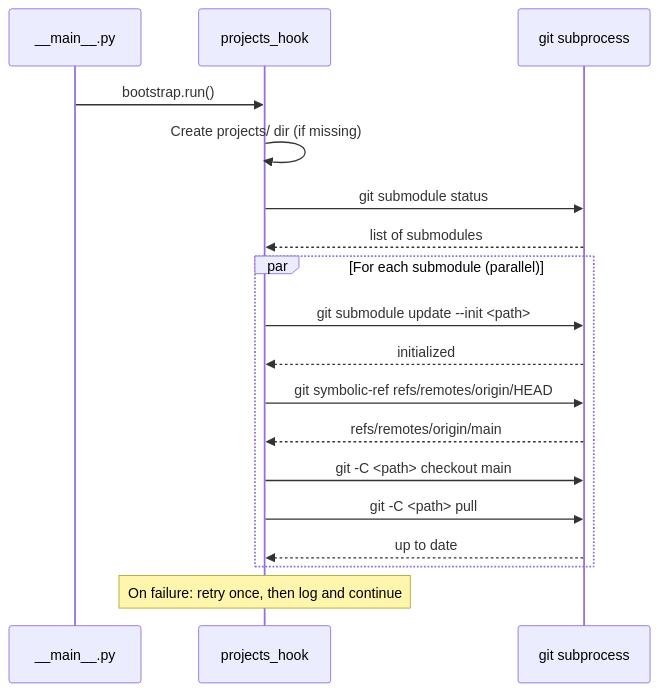
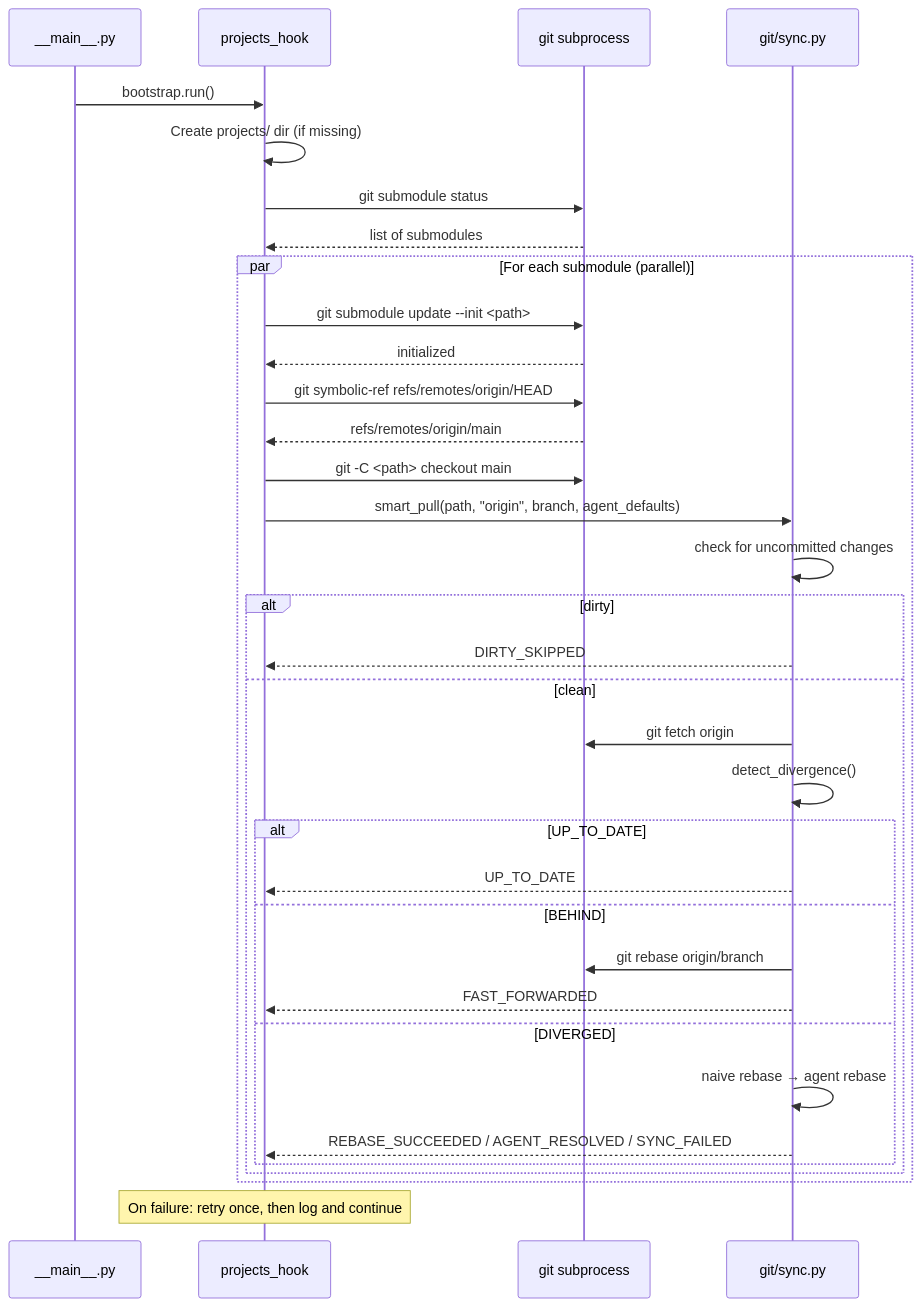
One commit to asermax/tachikoma changed the third of 4 diagrams in docs/feature-designs/agent/project-management.md. Above: the diagram before and after it, drawn with Mermaid. The commit also changed other lines of this file and 9 other files, not shown here.

````diff
--- a/docs/feature-designs/agent/project-management.md
+++ b/docs/feature-designs/agent/project-management.md
@@ -167,23 +168,39 @@
 ```mermaid
 sequenceDiagram
     participant Main as __main__.py
     participant Hook as projects_hook
     participant Git as git subprocess
+    participant Sync as git/sync.py
 
     Main->>Hook: bootstrap.run()
     Hook->>Hook: Create projects/ dir (if missing)
     Hook->>Git: git submodule status
     Git-->>Hook: list of submodules
 
     par For each submodule (parallel)
         Hook->>Git: git submodule update --init <path>
         Git-->>Hook: initialized
         Hook->>Git: git symbolic-ref refs/remotes/origin/HEAD
         Git-->>Hook: refs/remotes/origin/main
         Hook->>Git: git -C <path> checkout main
-        Hook->>Git: git -C <path> pull
-        Git-->>Hook: up to date
+        Hook->>Sync: smart_pull(path, "origin", branch, agent_defaults)
+        Sync->>Sync: check for uncommitted changes
+        alt dirty
+            Sync-->>Hook: DIRTY_SKIPPED
+        else clean
+            Sync->>Git: git fetch origin
+            Sync->>Sync: detect_divergence()
+            alt UP_TO_DATE
+                Sync-->>Hook: UP_TO_DATE
+            else BEHIND
+                Sync->>Git: git rebase origin/branch
+                Sync-->>Hook: FAST_FORWARDED
+            else DIVERGED
+                Sync->>Sync: naive rebase → agent rebase
+                Sync-->>Hook: REBASE_SUCCEEDED / AGENT_RESOLVED / SYNC_FAILED
+            end
+        end
     end
 
     Note over Hook: On failure: retry once, then log and continue
 ```
````
